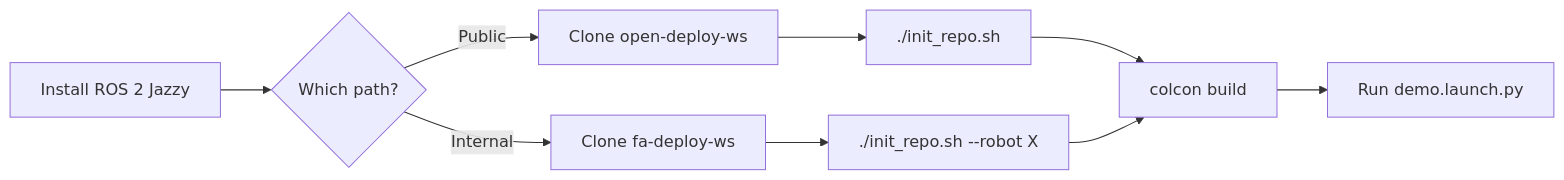
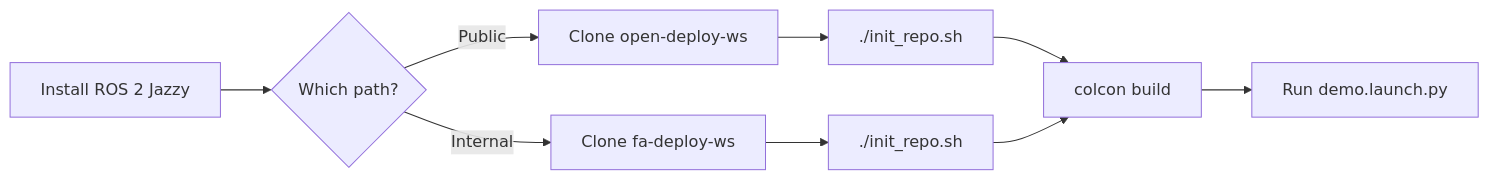
Before and after one commit to fiveages-sim/docs: the diagram in source/1-getting_started/0-index.md, drawn with Mermaid. The commit also changed other lines of this file and 185 other files, not shown here.

````diff
--- a/source/1-getting_started/0-index.md
+++ b/source/1-getting_started/0-index.md
@@ -28,11 +37,11 @@
 ```{mermaid}
 flowchart LR
     A[Install ROS 2 Jazzy] --> B{Which path?}
     B -->|Public| C[Clone open-deploy-ws]
     B -->|Internal| D[Clone fa-deploy-ws]
     C --> E[./init_repo.sh]
-    D --> F[./init_repo.sh --robot X]
+    D --> F[./init_repo.sh]
     E --> G[colcon build]
     F --> G
     G --> H[Run demo.launch.py]
 ```
````
